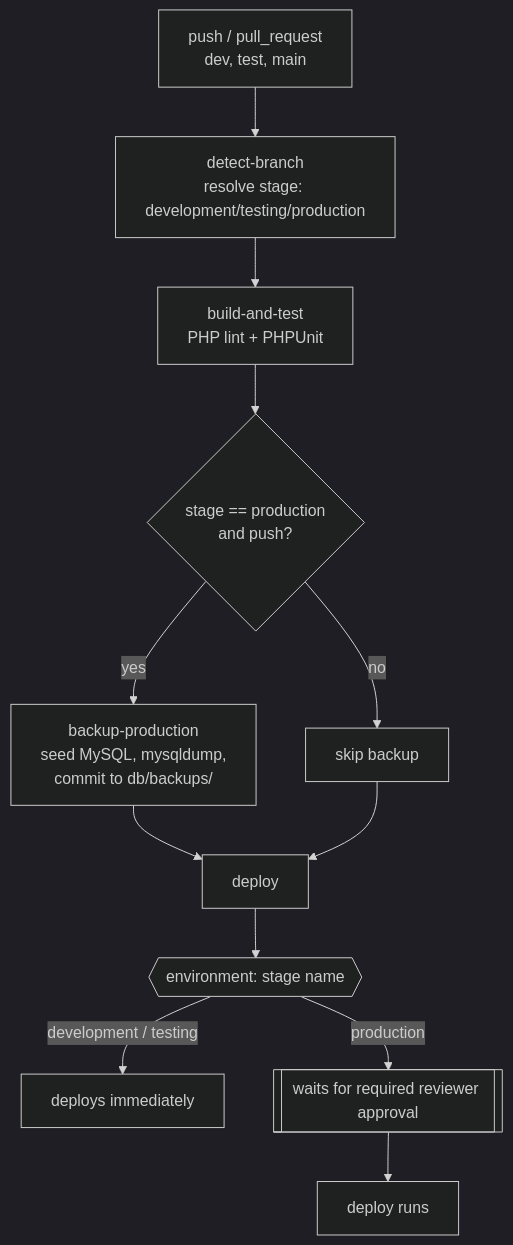
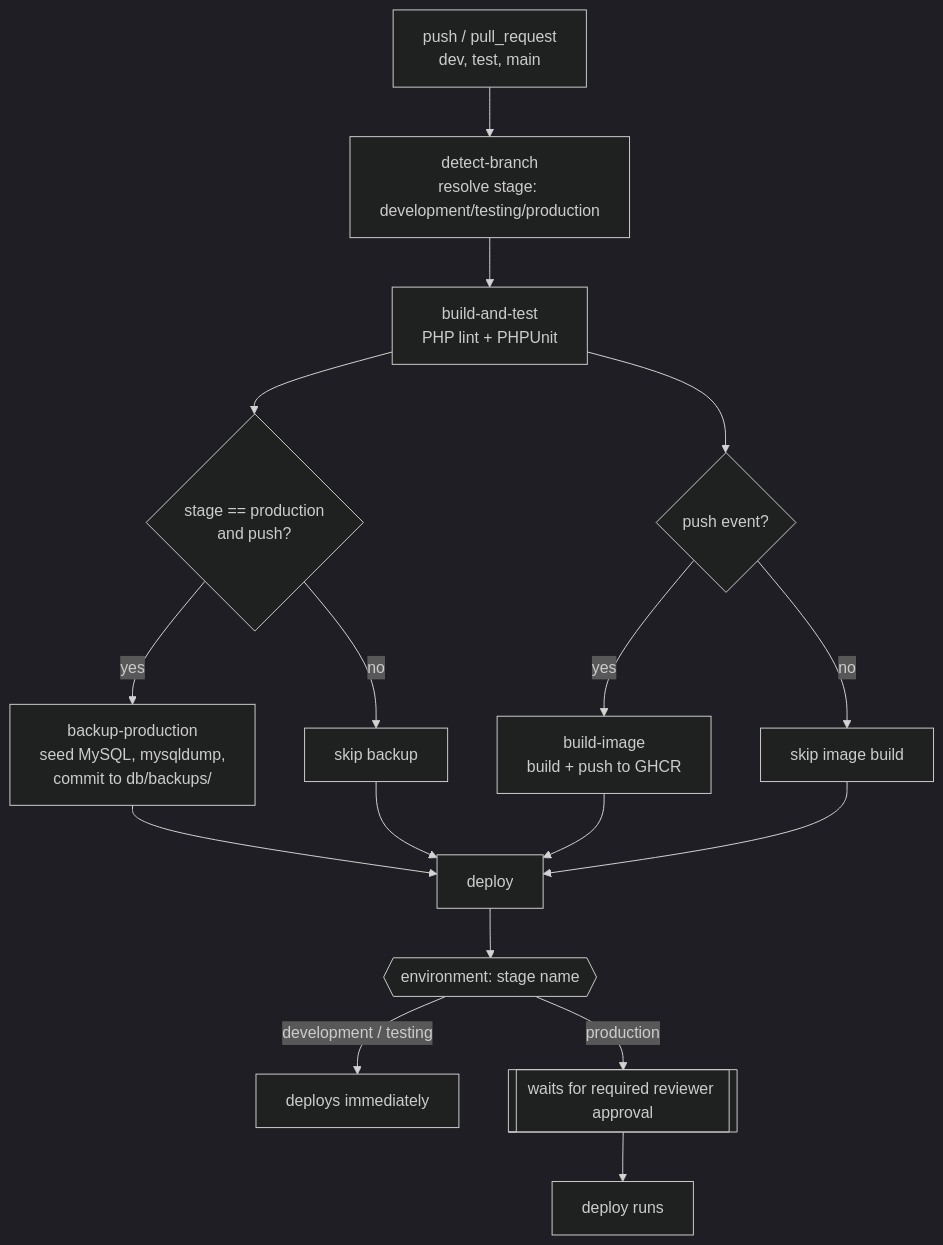
The diagram in README.md (rizwanreaz/cicd-approval-demo), drawn with Mermaid (dark theme) before and after one commit. The commit also changed other lines of this file and 14 other files, not shown here.

````diff
--- a/README.md
+++ b/README.md
@@ -9,14 +9,19 @@
 ```mermaid
 flowchart TD
     A[push / pull_request<br/>dev, test, main] --> B[detect-branch<br/>resolve stage: development/testing/production]
     B --> C[build-and-test<br/>PHP lint + PHPUnit]
     C --> D{stage == production<br/>and push?}
     D -- yes --> E[backup-production<br/>seed MySQL, mysqldump,<br/>commit to db/backups/]
     D -- no --> F[skip backup]
+    C --> P{push event?}
+    P -- yes --> Q[build-image<br/>build + push to GHCR]
+    P -- no --> R[skip image build]
     E --> G[deploy]
     F --> G[deploy]
+    Q --> G[deploy]
+    R --> G[deploy]
     G --> H{{environment: stage name}}
     H -- development / testing --> I[deploys immediately]
     H -- production --> J[[waits for required reviewer approval]]
     J --> K[deploy runs]
 ```
````
